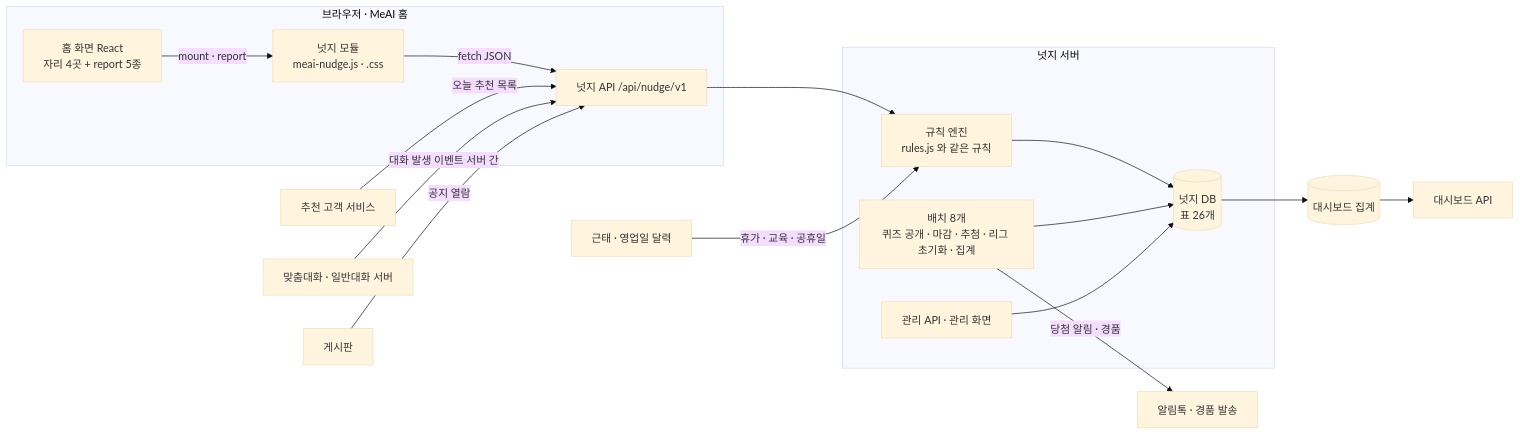
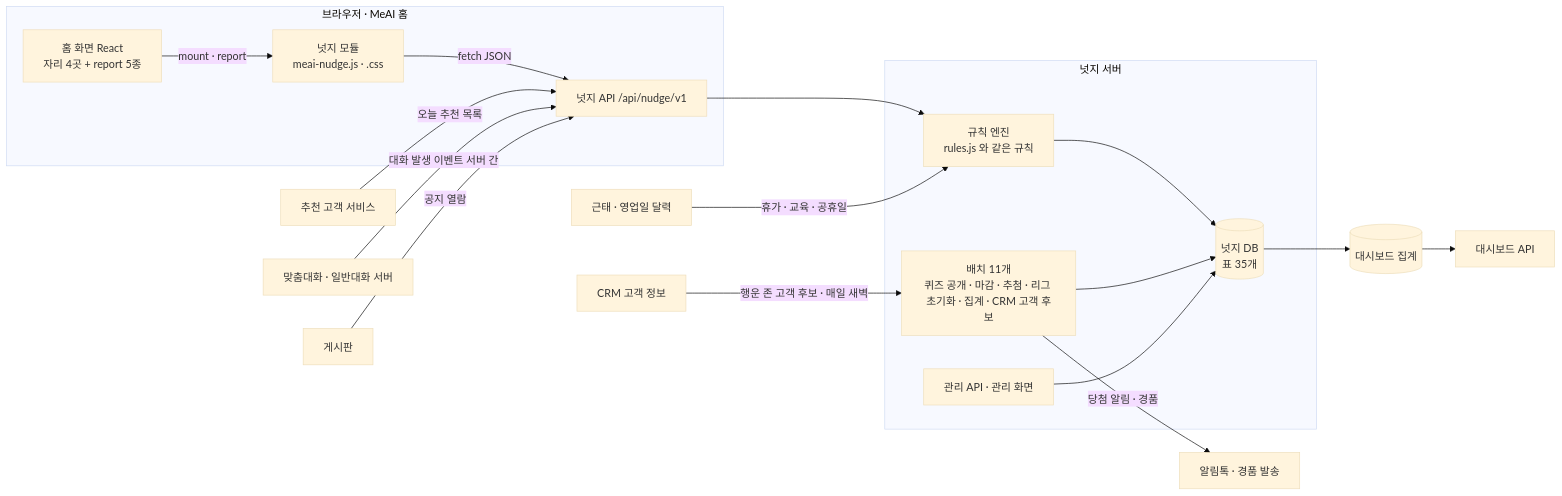
The second of 4 diagrams in home_nudge/docs/BLUEPRINT.md (hunx11-sys/MeAI), drawn with Mermaid (base theme) before and after one commit. The commit also changed other lines of this file and 59 other files, not shown here.

````diff
--- a/home_nudge/docs/BLUEPRINT.md
+++ b/home_nudge/docs/BLUEPRINT.md
@@ -282,19 +344,20 @@
 ```mermaid
 flowchart LR
   subgraph BR[브라우저 · MeAI 홈]
     HOME[홈 화면 React<br>자리 4곳 + report 5종] -->|mount · report| MOD[넛지 모듈<br>meai-nudge.js · .css]
     MOD -->|fetch JSON| API
   end
   subgraph SV[넛지 서버]
     API[넛지 API /api/nudge/v1] --> ENG[규칙 엔진<br>rules.js 와 같은 규칙]
-    ENG --> DB[(넛지 DB<br>표 26개)]
-    BAT[배치 8개<br>퀴즈 공개 · 마감 · 추첨 · 리그 초기화 · 집계] --> DB
+    ENG --> DB[(넛지 DB<br>표 35개)]
+    BAT[배치 11개<br>퀴즈 공개 · 마감 · 추첨 · 리그 초기화 · 집계 · CRM 고객 후보] --> DB
     ADM[관리 API · 관리 화면] --> DB
   end
   REC[추천 고객 서비스] -->|오늘 추천 목록| API
+  CRM[CRM 고객 정보] -->|행운 존 고객 후보 · 매일 새벽| BAT
   CHAT[맞춤대화 · 일반대화 서버] -->|대화 발생 이벤트 서버 간| API
   BOARD[게시판] -->|공지 열람| API
   HR[근태 · 영업일 달력] -->|휴가 · 교육 · 공휴일| ENG
   BAT -->|당첨 알림 · 경품| GIFT[알림톡 · 경품 발송]
   DB --> MART[(대시보드 집계)] --> DASH[대시보드 API]
 ```
````
